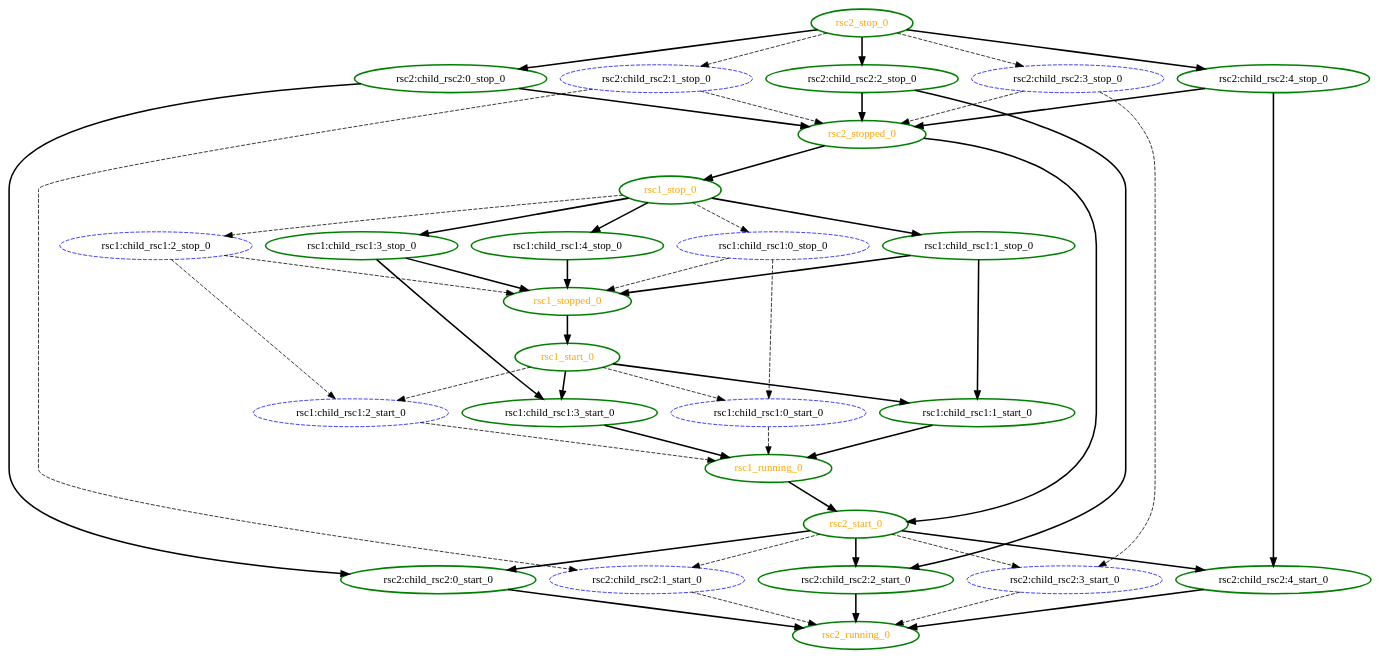
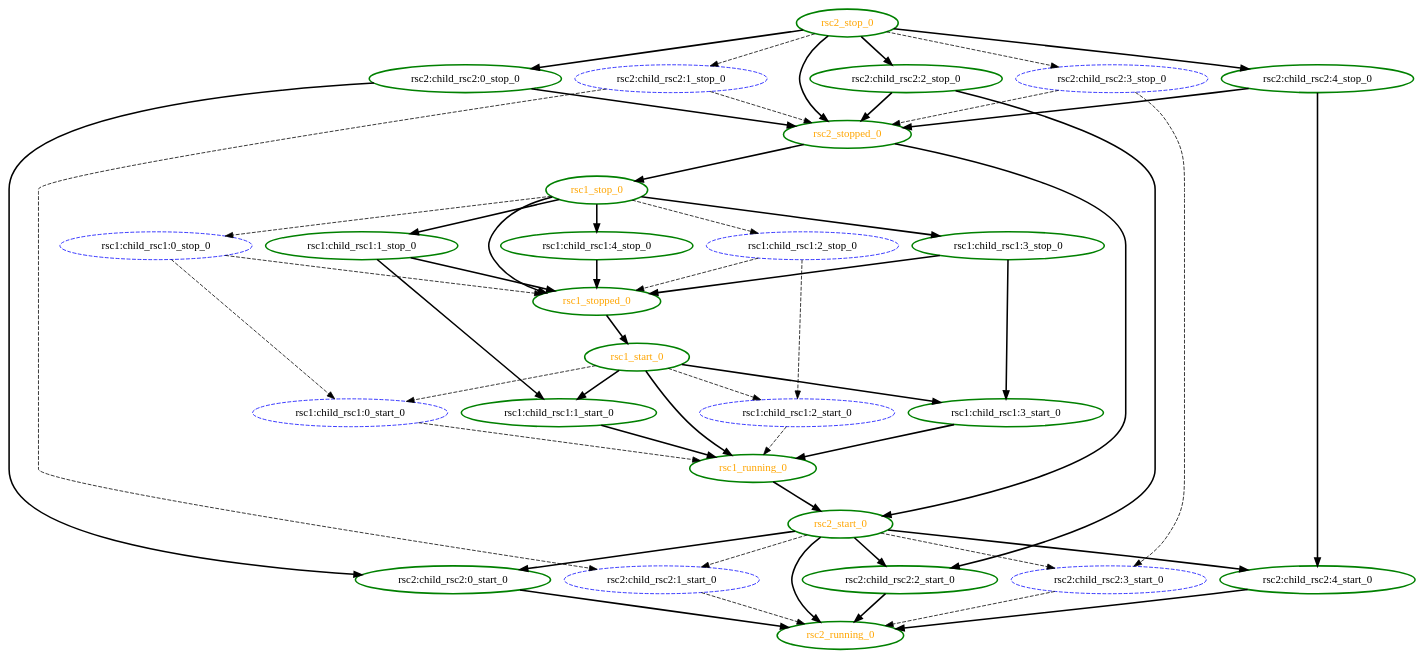
One commit to richiewen8/heartbeat changed the diagram in crm/pengine/testcases/inc3.dot. Above: the diagram before and after it, drawn with Graphviz. The commit also changed 105 other files, not shown here.

```diff
--- a/crm/pengine/testcases/inc3.dot
+++ b/crm/pengine/testcases/inc3.dot
@@ -1,81 +1,85 @@
 digraph "g" {
 	size = "30,30"
 "rsc1:child_rsc1:0_stop_0" [ style="dashed" color="blue" fontcolor="black" ]
 "rsc1:child_rsc1:0_start_0" [ style="dashed" color="blue" fontcolor="black" ]
 "rsc1:child_rsc1:1_stop_0" [ tooltip="node1" style=bold color="green" fontcolor="black" ]
 "rsc1:child_rsc1:1_start_0" [ tooltip="node2" style=bold color="green" fontcolor="black" ]
 "rsc1:child_rsc1:2_stop_0" [ style="dashed" color="blue" fontcolor="black" ]
 "rsc1:child_rsc1:2_start_0" [ style="dashed" color="blue" fontcolor="black" ]
 "rsc1:child_rsc1:3_stop_0" [ tooltip="node1" style=bold color="green" fontcolor="black" ]
 "rsc1:child_rsc1:3_start_0" [ tooltip="node2" style=bold color="green" fontcolor="black" ]
 "rsc1:child_rsc1:4_stop_0" [ tooltip="node1" style=bold color="green" fontcolor="black" ]
 "rsc1_start_0" [ tooltip="" style=bold color="green" fontcolor="orange" ]
 "rsc1_running_0" [ tooltip="" style=bold color="green" fontcolor="orange" ]
 "rsc1_stop_0" [ tooltip="" style=bold color="green" fontcolor="orange" ]
 "rsc1_stopped_0" [ tooltip="" style=bold color="green" fontcolor="orange" ]
 "rsc2:child_rsc2:0_stop_0" [ tooltip="node2" style=bold color="green" fontcolor="black" ]
 "rsc2:child_rsc2:0_start_0" [ tooltip="node1" style=bold color="green" fontcolor="black" ]
 "rsc2:child_rsc2:1_stop_0" [ style="dashed" color="blue" fontcolor="black" ]
 "rsc2:child_rsc2:1_start_0" [ style="dashed" color="blue" fontcolor="black" ]
 "rsc2:child_rsc2:2_stop_0" [ tooltip="node2" style=bold color="green" fontcolor="black" ]
 "rsc2:child_rsc2:2_start_0" [ tooltip="node1" style=bold color="green" fontcolor="black" ]
 "rsc2:child_rsc2:3_stop_0" [ style="dashed" color="blue" fontcolor="black" ]
 "rsc2:child_rsc2:3_start_0" [ style="dashed" color="blue" fontcolor="black" ]
 "rsc2:child_rsc2:4_stop_0" [ tooltip="node2" style=bold color="green" fontcolor="black" ]
 "rsc2:child_rsc2:4_start_0" [ tooltip="node1" style=bold color="green" fontcolor="black" ]
 "rsc2_start_0" [ tooltip="" style=bold color="green" fontcolor="orange" ]
 "rsc2_running_0" [ tooltip="" style=bold color="green" fontcolor="orange" ]
 "rsc2_stop_0" [ tooltip="" style=bold color="green" fontcolor="orange" ]
 "rsc2_stopped_0" [ tooltip="" style=bold color="green" fontcolor="orange" ]
 "rsc1_stop_0" -> "rsc1:child_rsc1:0_stop_0" [ style = dashed]
 "rsc1:child_rsc1:0_stop_0" -> "rsc1:child_rsc1:0_start_0" [ style = dashed]
 "rsc1_start_0" -> "rsc1:child_rsc1:0_start_0" [ style = dashed]
 "rsc1_stop_0" -> "rsc1:child_rsc1:1_stop_0" [ style = bold]
 "rsc1:child_rsc1:1_stop_0" -> "rsc1:child_rsc1:1_start_0" [ style = bold]
 "rsc1_start_0" -> "rsc1:child_rsc1:1_start_0" [ style = bold]
 "rsc1_stop_0" -> "rsc1:child_rsc1:2_stop_0" [ style = dashed]
 "rsc1:child_rsc1:2_stop_0" -> "rsc1:child_rsc1:2_start_0" [ style = dashed]
 "rsc1_start_0" -> "rsc1:child_rsc1:2_start_0" [ style = dashed]
 "rsc1_stop_0" -> "rsc1:child_rsc1:3_stop_0" [ style = bold]
 "rsc1:child_rsc1:3_stop_0" -> "rsc1:child_rsc1:3_start_0" [ style = bold]
 "rsc1_start_0" -> "rsc1:child_rsc1:3_start_0" [ style = bold]
 "rsc1_stop_0" -> "rsc1:child_rsc1:4_stop_0" [ style = bold]
 "rsc1_stopped_0" -> "rsc1_start_0" [ style = bold]
 "rsc1:child_rsc1:0_start_0" -> "rsc1_running_0" [ style = dashed]
 "rsc1:child_rsc1:1_start_0" -> "rsc1_running_0" [ style = bold]
 "rsc1:child_rsc1:2_start_0" -> "rsc1_running_0" [ style = dashed]
 "rsc1:child_rsc1:3_start_0" -> "rsc1_running_0" [ style = bold]
+"rsc1_start_0" -> "rsc1_running_0" [ style = bold]
 "rsc2_stopped_0" -> "rsc1_stop_0" [ style = bold]
 "rsc1:child_rsc1:0_stop_0" -> "rsc1_stopped_0" [ style = dashed]
 "rsc1:child_rsc1:1_stop_0" -> "rsc1_stopped_0" [ style = bold]
 "rsc1:child_rsc1:2_stop_0" -> "rsc1_stopped_0" [ style = dashed]
 "rsc1:child_rsc1:3_stop_0" -> "rsc1_stopped_0" [ style = bold]
 "rsc1:child_rsc1:4_stop_0" -> "rsc1_stopped_0" [ style = bold]
+"rsc1_stop_0" -> "rsc1_stopped_0" [ style = bold]
 "rsc2_stop_0" -> "rsc2:child_rsc2:0_stop_0" [ style = bold]
 "rsc2:child_rsc2:0_stop_0" -> "rsc2:child_rsc2:0_start_0" [ style = bold]
 "rsc2_start_0" -> "rsc2:child_rsc2:0_start_0" [ style = bold]
 "rsc2_stop_0" -> "rsc2:child_rsc2:1_stop_0" [ style = dashed]
 "rsc2:child_rsc2:1_stop_0" -> "rsc2:child_rsc2:1_start_0" [ style = dashed]
 "rsc2_start_0" -> "rsc2:child_rsc2:1_start_0" [ style = dashed]
 "rsc2_stop_0" -> "rsc2:child_rsc2:2_stop_0" [ style = bold]
 "rsc2:child_rsc2:2_stop_0" -> "rsc2:child_rsc2:2_start_0" [ style = bold]
 "rsc2_start_0" -> "rsc2:child_rsc2:2_start_0" [ style = bold]
 "rsc2_stop_0" -> "rsc2:child_rsc2:3_stop_0" [ style = dashed]
 "rsc2:child_rsc2:3_stop_0" -> "rsc2:child_rsc2:3_start_0" [ style = dashed]
 "rsc2_start_0" -> "rsc2:child_rsc2:3_start_0" [ style = dashed]
 "rsc2_stop_0" -> "rsc2:child_rsc2:4_stop_0" [ style = bold]
 "rsc2:child_rsc2:4_stop_0" -> "rsc2:child_rsc2:4_start_0" [ style = bold]
 "rsc2_start_0" -> "rsc2:child_rsc2:4_start_0" [ style = bold]
 "rsc1_running_0" -> "rsc2_start_0" [ style = bold]
 "rsc2_stopped_0" -> "rsc2_start_0" [ style = bold]
 "rsc2:child_rsc2:0_start_0" -> "rsc2_running_0" [ style = bold]
 "rsc2:child_rsc2:1_start_0" -> "rsc2_running_0" [ style = dashed]
 "rsc2:child_rsc2:2_start_0" -> "rsc2_running_0" [ style = bold]
 "rsc2:child_rsc2:3_start_0" -> "rsc2_running_0" [ style = dashed]
 "rsc2:child_rsc2:4_start_0" -> "rsc2_running_0" [ style = bold]
+"rsc2_start_0" -> "rsc2_running_0" [ style = bold]
 "rsc2:child_rsc2:0_stop_0" -> "rsc2_stopped_0" [ style = bold]
 "rsc2:child_rsc2:1_stop_0" -> "rsc2_stopped_0" [ style = dashed]
 "rsc2:child_rsc2:2_stop_0" -> "rsc2_stopped_0" [ style = bold]
 "rsc2:child_rsc2:3_stop_0" -> "rsc2_stopped_0" [ style = dashed]
 "rsc2:child_rsc2:4_stop_0" -> "rsc2_stopped_0" [ style = bold]
+"rsc2_stop_0" -> "rsc2_stopped_0" [ style = bold]
 }
```
